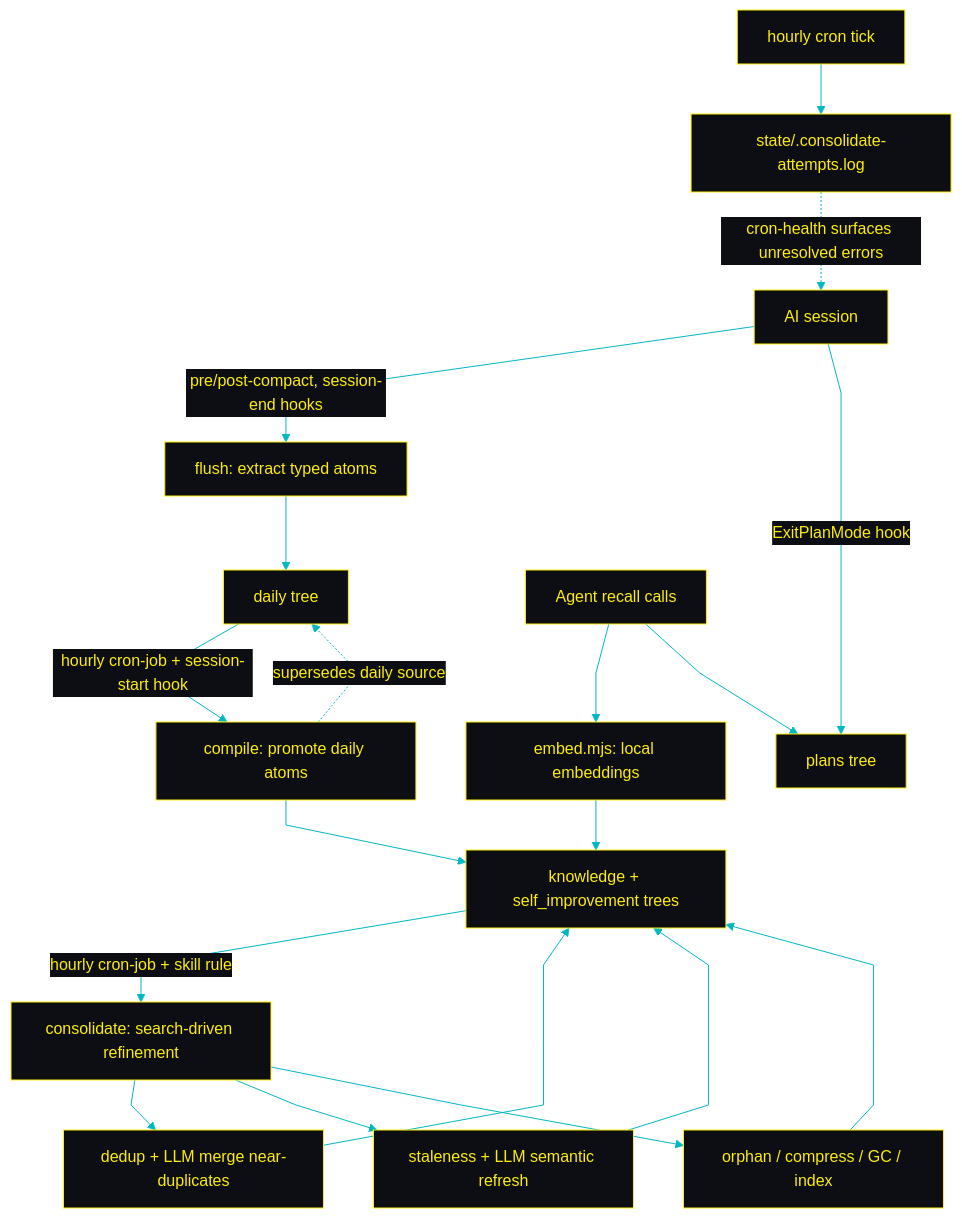
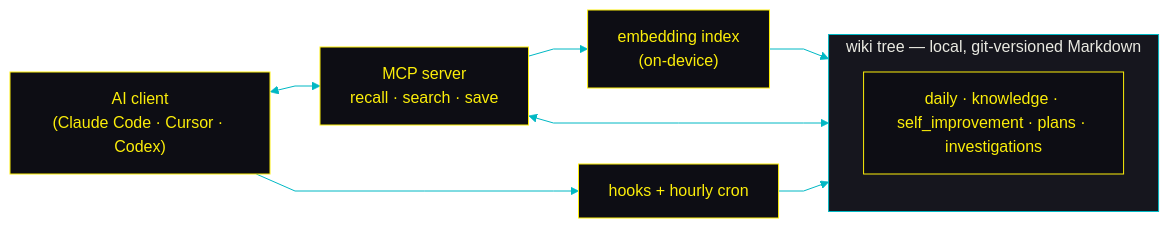
One commit to ctxr-dev/llm-wiki-memory changed the first of 3 diagrams in README.md. Above: the diagram before and after it, drawn with Mermaid. The commit also changed other lines of this file and 3 other files, not shown here.

````diff
--- a/README.md
+++ b/README.md
@@ -161,27 +160,17 @@
 ```mermaid
 %%{init: {"theme":"base","flowchart":{"curve":"linear"},"themeVariables":{"lineColor":"#00B8C4","primaryColor":"#0D0D14","primaryTextColor":"#FCEE0A","primaryBorderColor":"#FCEE0A","secondaryColor":"#16161E","tertiaryColor":"#16161E","clusterBkg":"#16161E","clusterBorder":"#00B8C4","edgeLabelBackground":"#0D0D14","textColor":"#00B8C4"}}}%%
-flowchart TD
-    S[AI session]
-    S -- "pre/post-compact, session-end hooks" --> FL[flush: extract typed atoms]
-    S -- "ExitPlanMode hook" --> PL[plans tree]
-    FL --> DA[daily tree]
-
-    DA -- "hourly cron-job + session-start hook" --> CMP[compile: promote daily atoms]
-    CMP --> KSI[knowledge + self_improvement trees]
-    CMP -. supersedes daily source .-> DA
-
-    KSI -- "hourly cron-job + skill rule" --> CN[consolidate: search-driven refinement]
-    CN --> MG[dedup + LLM merge near-duplicates]
-    CN --> RF[staleness + LLM semantic refresh]
-    CN --> HK[orphan / compress / GC / index]
-    MG --> KSI
-    RF --> KSI
-    HK --> KSI
-
-    CR[hourly cron tick] --> LG[state/.consolidate-attempts.log]
-    LG -. "cron-health surfaces unresolved errors" .-> S
-
-    AG[Agent recall calls] --> EM[embed.mjs: local embeddings]
-    EM --> KSI
-    AG --> PL
+flowchart LR
+    CL["AI client<br/>(Claude Code · Cursor · Codex)"]
+    MCP["MCP server<br/>recall · search · save"]
+    HK["hooks + hourly cron"]
+    EM["embedding index<br/>(on-device)"]
+    subgraph WIKI["wiki tree — local, git-versioned Markdown"]
+      TREES["daily · knowledge · self_improvement · plans · investigations"]
+    end
+    CL <--> MCP
+    CL --> HK
+    MCP --> EM
+    EM --> WIKI
+    MCP <--> WIKI
+    HK --> WIKI
 ```
````
